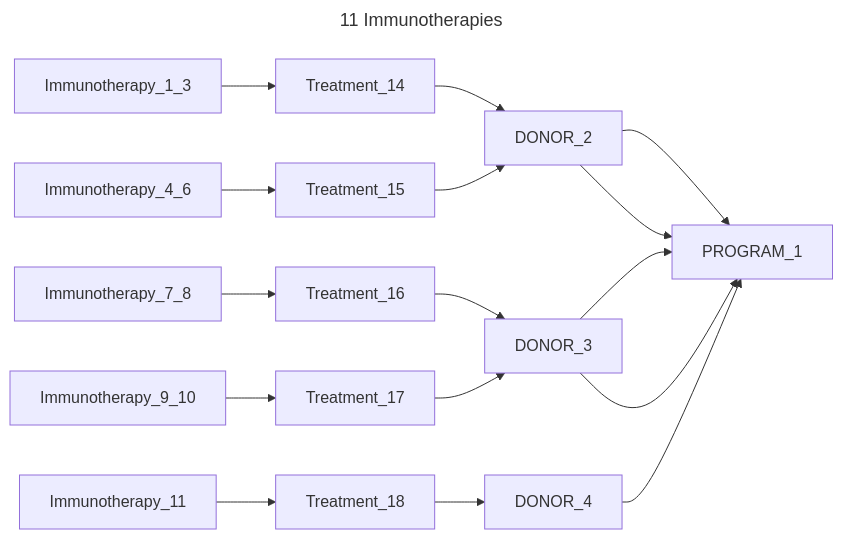
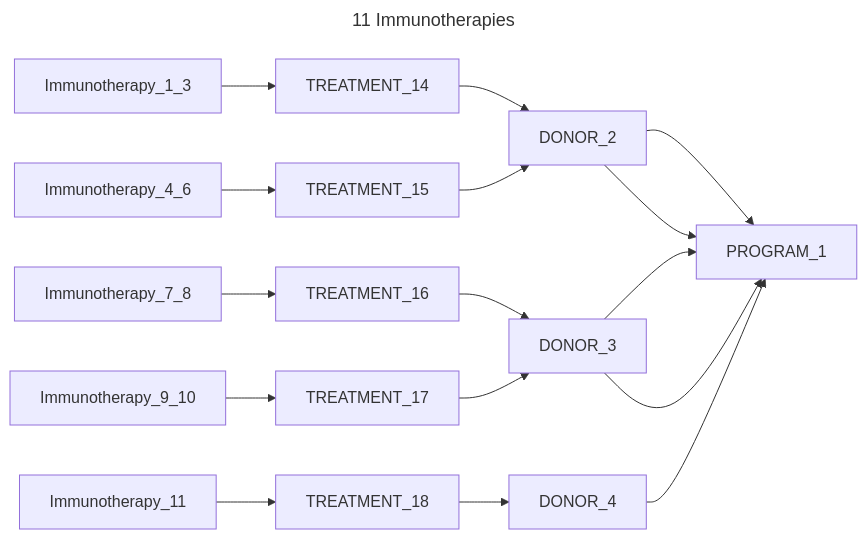
Before and after one commit to CanDIG/katsu: the eighth of 14 diagrams in chord_metadata_service/mohpackets/data/small_dataset/README.md, drawn with Mermaid. The commit also changed other lines of this file and 2 other files, not shown here.

Commit message:
check graphs

````diff
--- a/chord_metadata_service/mohpackets/data/small_dataset/README.md
+++ b/chord_metadata_service/mohpackets/data/small_dataset/README.md
@@ -142,11 +142,11 @@
 ```mermaid
 ---
 title: 11 Immunotherapies
 ---
 graph LR;  
-  Immunotherapy_1_3 --> Treatment_14 --> DONOR_2 --> PROGRAM_1; 
-  Immunotherapy_4_6 --> Treatment_15 --> DONOR_2 --> PROGRAM_1;  
-  Immunotherapy_7_8 --> Treatment_16 --> DONOR_3 --> PROGRAM_1;  
-  Immunotherapy_9_10 --> Treatment_17 --> DONOR_3 --> PROGRAM_1;  
-  Immunotherapy_11 --> Treatment_18 --> DONOR_4 --> PROGRAM_1;   
+  Immunotherapy_1_3 --> TREATMENT_14 --> DONOR_2 --> PROGRAM_1; 
+  Immunotherapy_4_6 --> TREATMENT_15 --> DONOR_2 --> PROGRAM_1;  
+  Immunotherapy_7_8 --> TREATMENT_16 --> DONOR_3 --> PROGRAM_1;  
+  Immunotherapy_9_10 --> TREATMENT_17 --> DONOR_3 --> PROGRAM_1;  
+  Immunotherapy_11 --> TREATMENT_18 --> DONOR_4 --> PROGRAM_1;   
 ```
````
